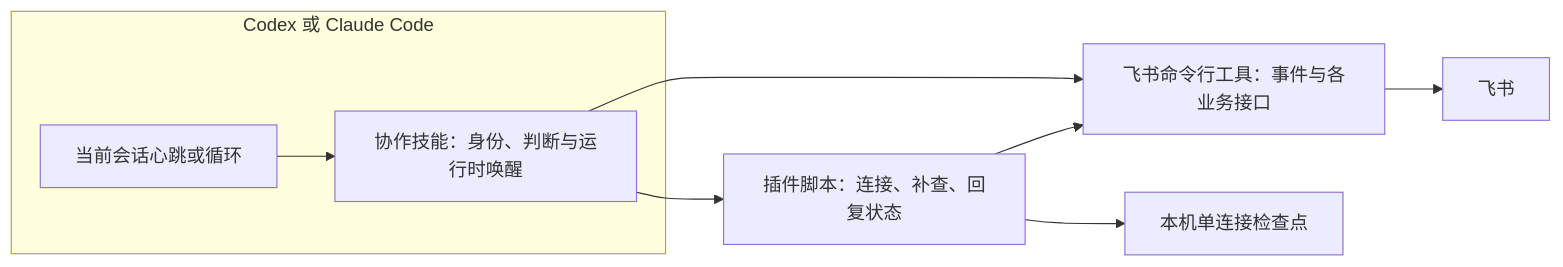
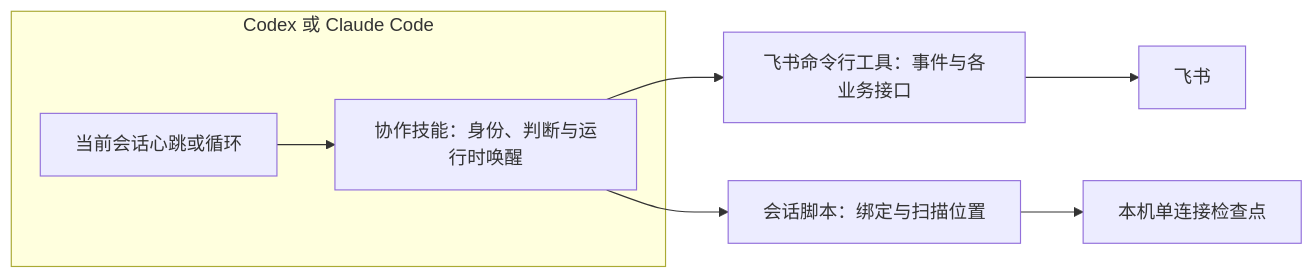
One commit to LingoPlayground/lark-connect changed the second of 3 diagrams in docs/specs/lark-collaboration-simplification/arch_design.md. Above: the diagram before and after it, drawn with Mermaid. The commit also changed other lines of this file, not shown here.

Commit message:
docs(architecture): keep only session checkpoint helper

````diff
--- a/docs/specs/lark-collaboration-simplification/arch_design.md
+++ b/docs/specs/lark-collaboration-simplification/arch_design.md
@@ -52,12 +52,11 @@
 ```mermaid
 flowchart LR
   subgraph Runtime[Codex 或 Claude Code]
     Skill[协作技能：身份、判断与运行时唤醒]
     Wake[当前会话心跳或循环] --> Skill
   end
   Skill --> CLI[飞书命令行工具：事件与各业务接口]
-  Skill --> Scripts[插件脚本：连接、补查、回复状态]
-  Scripts --> CLI
-  Scripts --> State[本机单连接检查点]
+  Skill --> Session[会话脚本：绑定与扫描位置]
+  Session --> State[本机单连接检查点]
   CLI --> Lark[飞书]
 ```
````
